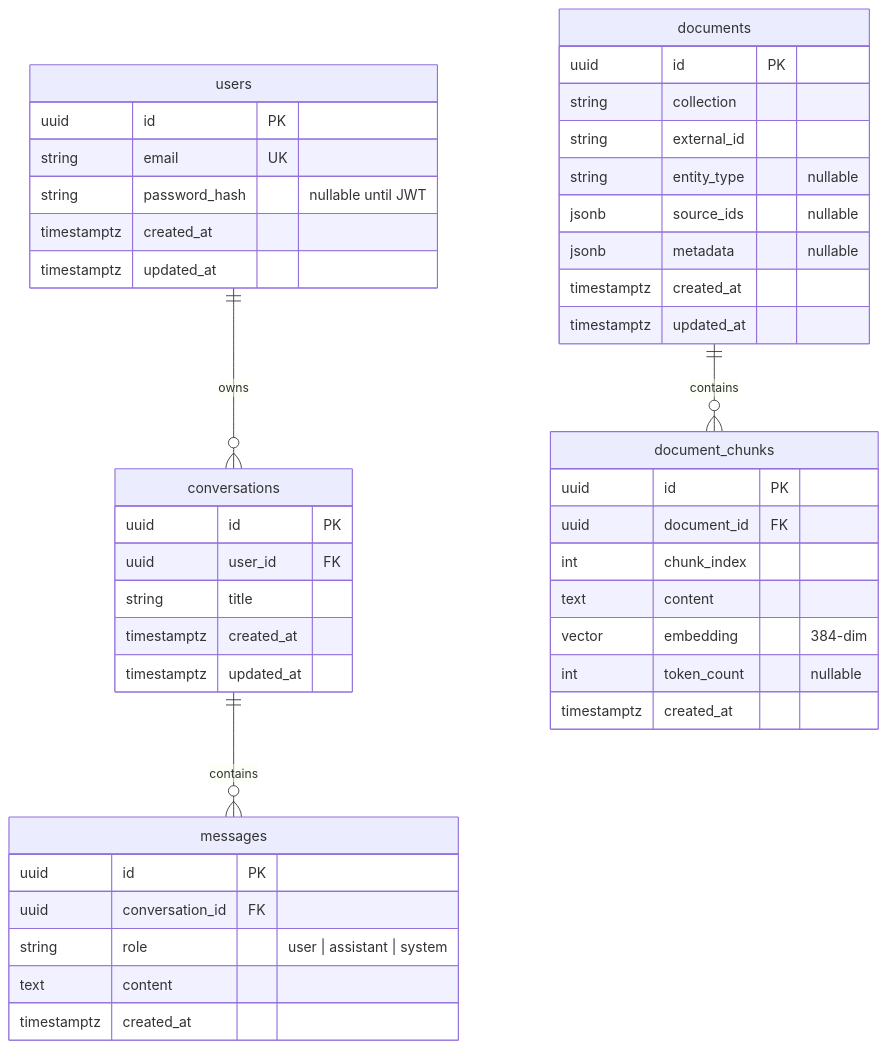
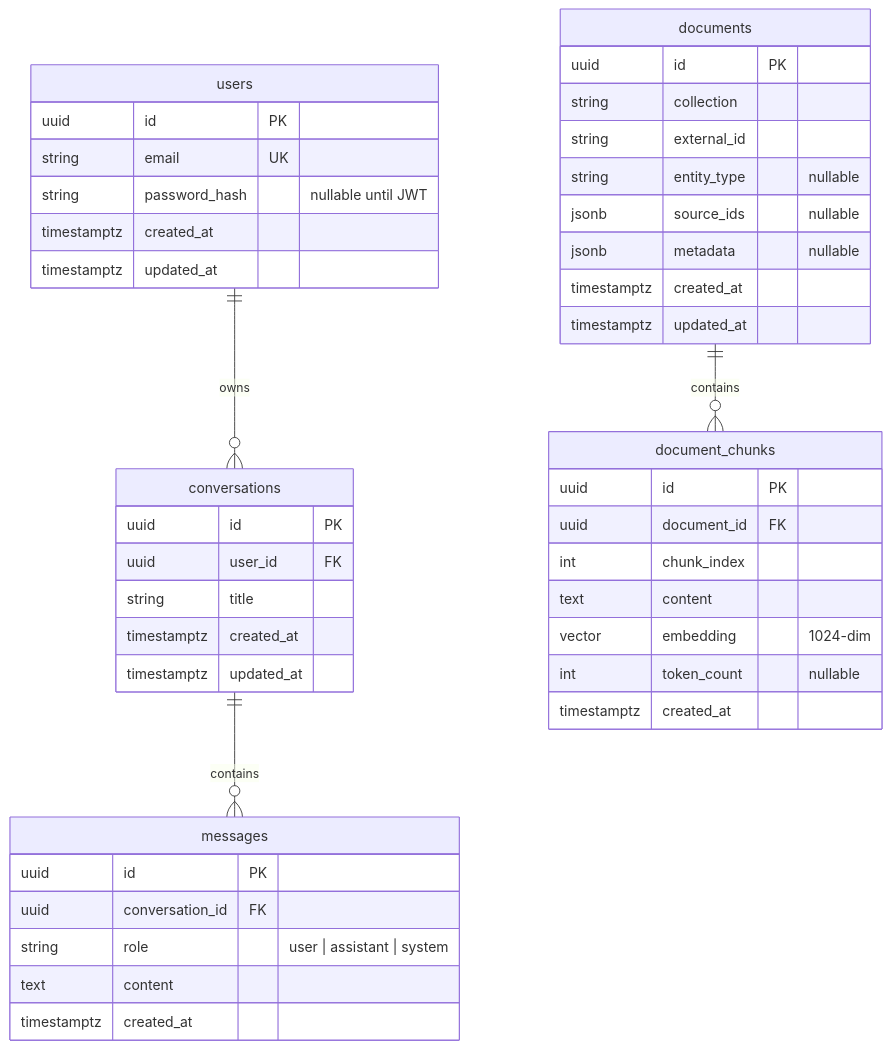
Before and after one commit to JoeSmile/memoryOS: the diagram in docs/database.md, drawn with Mermaid. The commit also changed other lines of this file and 10 other files, not shown here.

````diff
--- a/docs/database.md
+++ b/docs/database.md
@@ -12,51 +12,51 @@
 ```mermaid
 erDiagram
     users ||--o{ conversations : owns
     conversations ||--o{ messages : contains
     documents ||--o{ document_chunks : contains
 
     users {
         uuid id PK
         string email UK
         string password_hash "nullable until JWT"
         timestamptz created_at
         timestamptz updated_at
     }
 
     conversations {
         uuid id PK
         uuid user_id FK
         string title
         timestamptz created_at
         timestamptz updated_at
     }
 
     messages {
         uuid id PK
         uuid conversation_id FK
         string role "user | assistant | system"
         text content
         timestamptz created_at
     }
 
     documents {
         uuid id PK
         string collection
         string external_id
         string entity_type "nullable"
         jsonb source_ids "nullable"
         jsonb metadata "nullable"
         timestamptz created_at
         timestamptz updated_at
     }
 
     document_chunks {
         uuid id PK
         uuid document_id FK
         int chunk_index
         text content
-        vector embedding "384-dim"
+        vector embedding "1024-dim"
         int token_count "nullable"
         timestamptz created_at
     }
 ```
````
